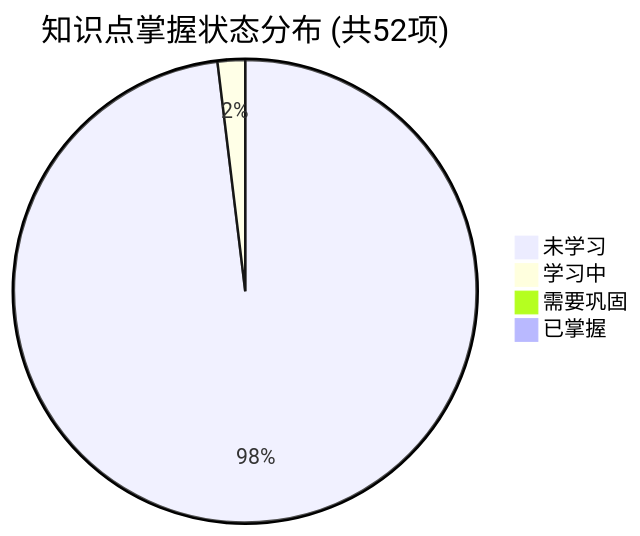
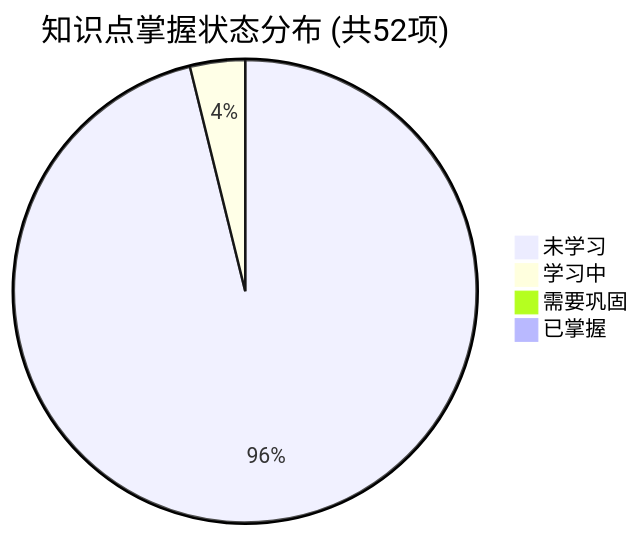
The first of 2 diagrams in PROGRESS.md (tieke1121/tech-interview-knowledge-base), drawn with Mermaid before and after one commit. The commit also changed other lines of this file and 1 other file, not shown here.

````diff
--- a/PROGRESS.md
+++ b/PROGRESS.md
@@ -23,7 +23,7 @@
 ```mermaid
 pie title 知识点掌握状态分布 (共52项)
-    "未学习" : 51
-    "学习中" : 1
+    "未学习" : 50
+    "学习中" : 2
     "需要巩固" : 0
     "已掌握" : 0
 ```
````
